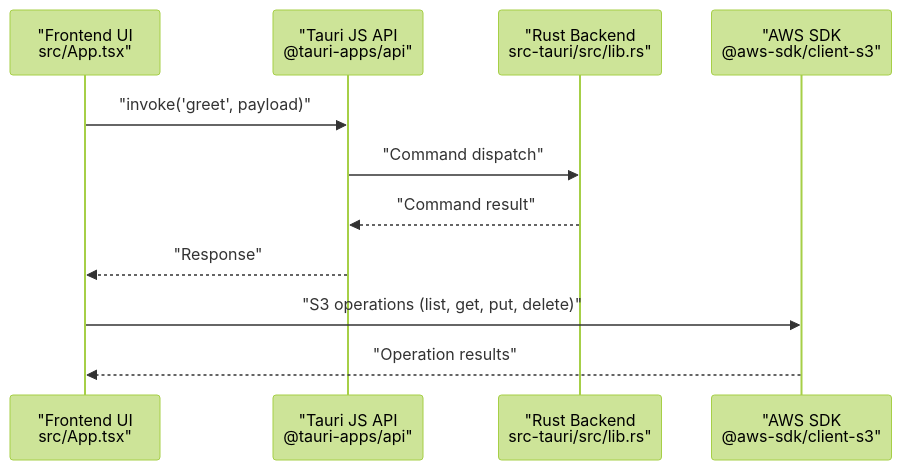
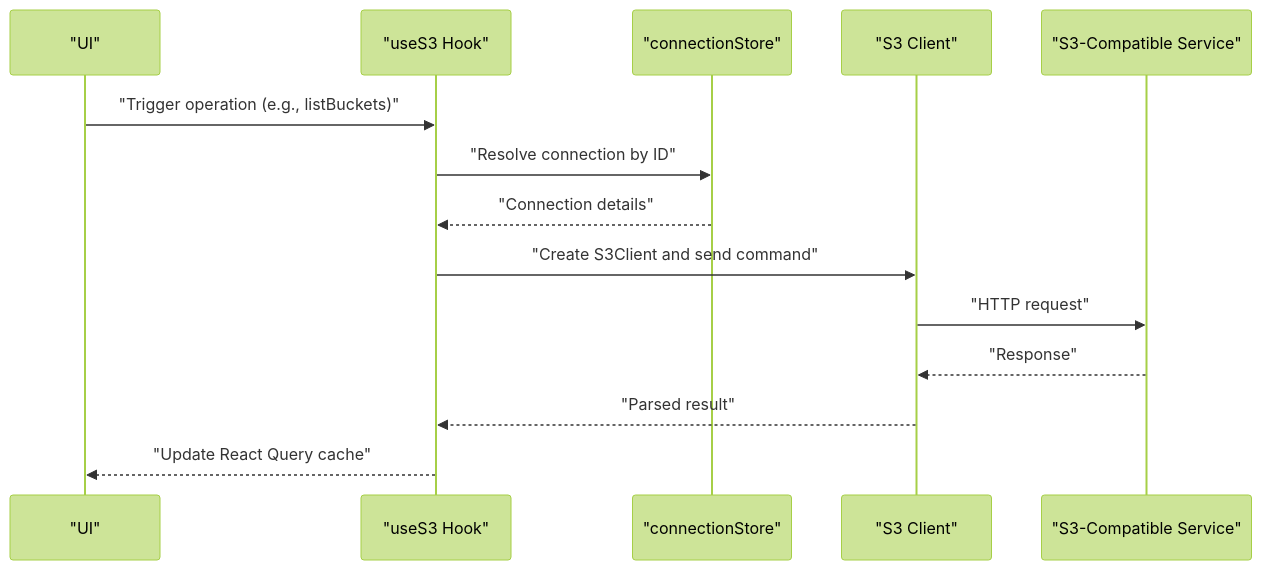
One commit to nasrulhadi/s3-explorer changed the second of 7 diagrams in .qoder/repowiki/en/content/Troubleshooting.md. Above: the diagram before and after it, drawn with Mermaid (forest theme). The commit also changed other lines of this file and 46 other files, not shown here.

````diff
--- a/.qoder/repowiki/en/content/Troubleshooting.md
+++ b/.qoder/repowiki/en/content/Troubleshooting.md
@@ -106,13 +112,16 @@
 ```mermaid
 sequenceDiagram
-participant UI as "Frontend UI<br/>src/App.tsx"
-participant TauriJS as "Tauri JS API<br/>@tauri-apps/api"
-participant Backend as "Rust Backend<br/>src-tauri/src/lib.rs"
-participant AWS as "AWS SDK<br/>@aws-sdk/client-s3"
-UI->>TauriJS : "invoke('greet', payload)"
-TauriJS->>Backend : "Command dispatch"
-Backend-->>TauriJS : "Command result"
-TauriJS-->>UI : "Response"
-UI->>AWS : "S3 operations (list, get, put, delete)"
-AWS-->>UI : "Operation results"
+participant UI as "UI"
+participant Hook as "useS3 Hook"
+participant Store as "connectionStore"
+participant S3 as "S3 Client"
+participant AWS as "S3-Compatible Service"
+UI->>Hook : "Trigger operation (e.g., listBuckets)"
+Hook->>Store : "Resolve connection by ID"
+Store-->>Hook : "Connection details"
+Hook->>S3 : "Create S3Client and send command"
+S3->>AWS : "HTTP request"
+AWS-->>S3 : "Response"
+S3-->>Hook : "Parsed result"
+Hook-->>UI : "Update React Query cache"
 ```
````
